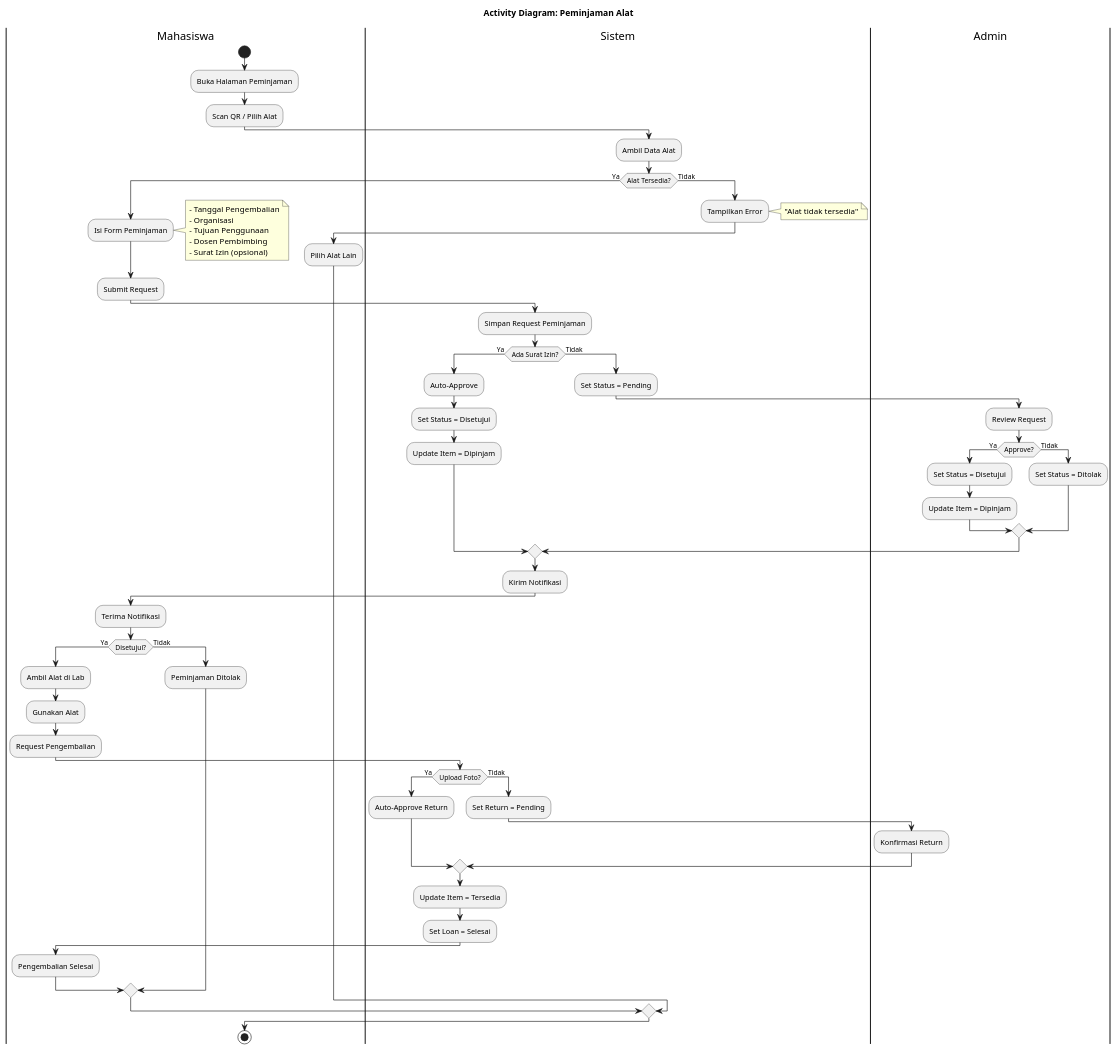
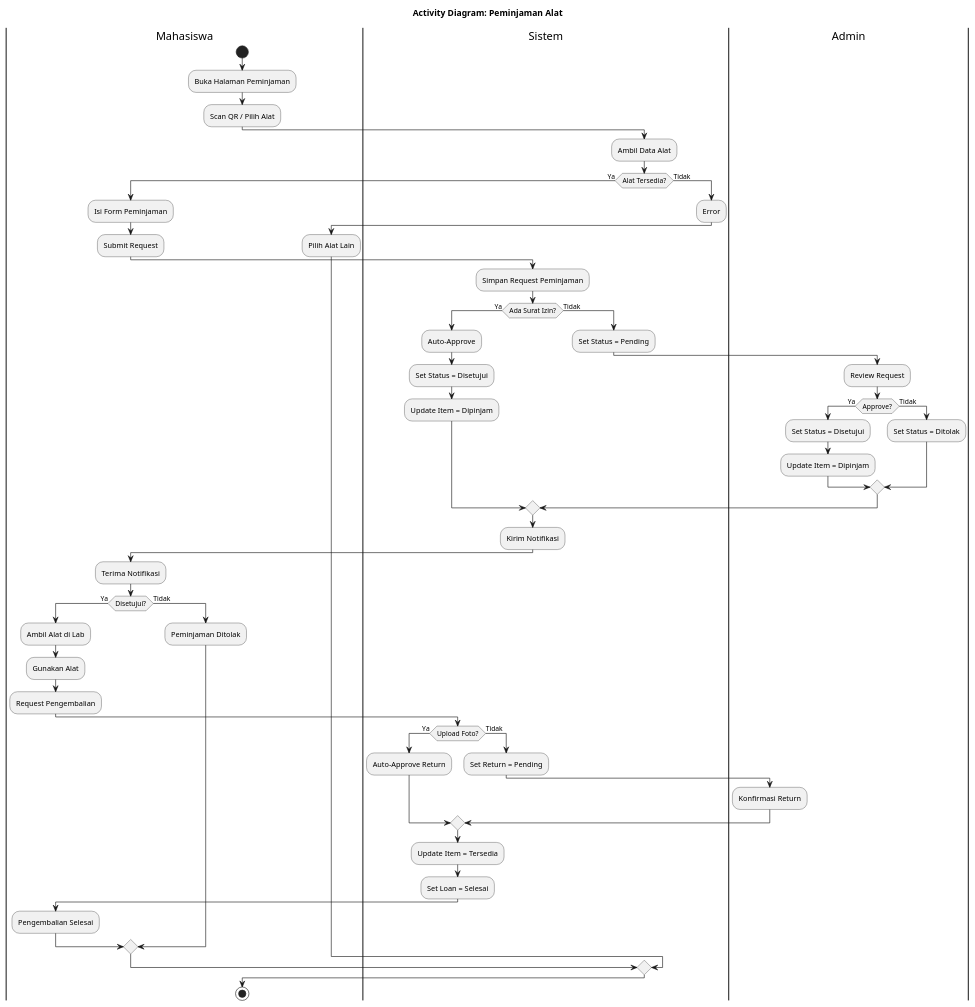
The diagram in docs/backend/activity-loan.puml (akhdanyafi/lab_uai_from_asyraf), drawn with PlantUML before and after one commit. The commit also changed 3 other files, not shown here.

```diff
--- a/docs/backend/activity-loan.puml
+++ b/docs/backend/activity-loan.puml
@@ -1,88 +1,80 @@
 @startuml ItemLoan
 
 title Activity Diagram: Peminjaman Alat
 
 |Mahasiswa|
 start
 :Buka Halaman Peminjaman;
 :Scan QR / Pilih Alat;
 
 |Sistem|
 :Ambil Data Alat;
 
 if (Alat Tersedia?) then (Ya)
     |Mahasiswa|
     :Isi Form Peminjaman;
-    note right
-        - Tanggal Pengembalian
-        - Organisasi
-        - Tujuan Penggunaan
-        - Dosen Pembimbing
-        - Surat Izin (opsional)
-    end note
     :Submit Request;
     
     |Sistem|
     :Simpan Request Peminjaman;
     
     if (Ada Surat Izin?) then (Ya)
         :Auto-Approve;
         :Set Status = Disetujui;
         :Update Item = Dipinjam;
     else (Tidak)
         :Set Status = Pending;
         
         |Admin|
         :Review Request;
         
         if (Approve?) then (Ya)
             :Set Status = Disetujui;
             :Update Item = Dipinjam;
         else (Tidak)
             :Set Status = Ditolak;
         endif
     endif
     
     |Sistem|
     :Kirim Notifikasi;
     
     |Mahasiswa|
     :Terima Notifikasi;
     
     if (Disetujui?) then (Ya)
         :Ambil Alat di Lab;
         :Gunakan Alat;
         :Request Pengembalian;
         
         |Sistem|
         if (Upload Foto?) then (Ya)
             :Auto-Approve Return;
         else (Tidak)
             :Set Return = Pending;
             
             |Admin|
             :Konfirmasi Return;
         endif
         
         |Sistem|
         :Update Item = Tersedia;
         :Set Loan = Selesai;
         
         |Mahasiswa|
         :Pengembalian Selesai;
     else (Tidak)
         :Peminjaman Ditolak;
     endif
 
 else (Tidak)
     |Sistem|
-    :Tampilkan Error;
-    note right: "Alat tidak tersedia"
+    :Error;
     
     |Mahasiswa|
     :Pilih Alat Lain;
 endif
 
 stop
 
 @enduml
```
